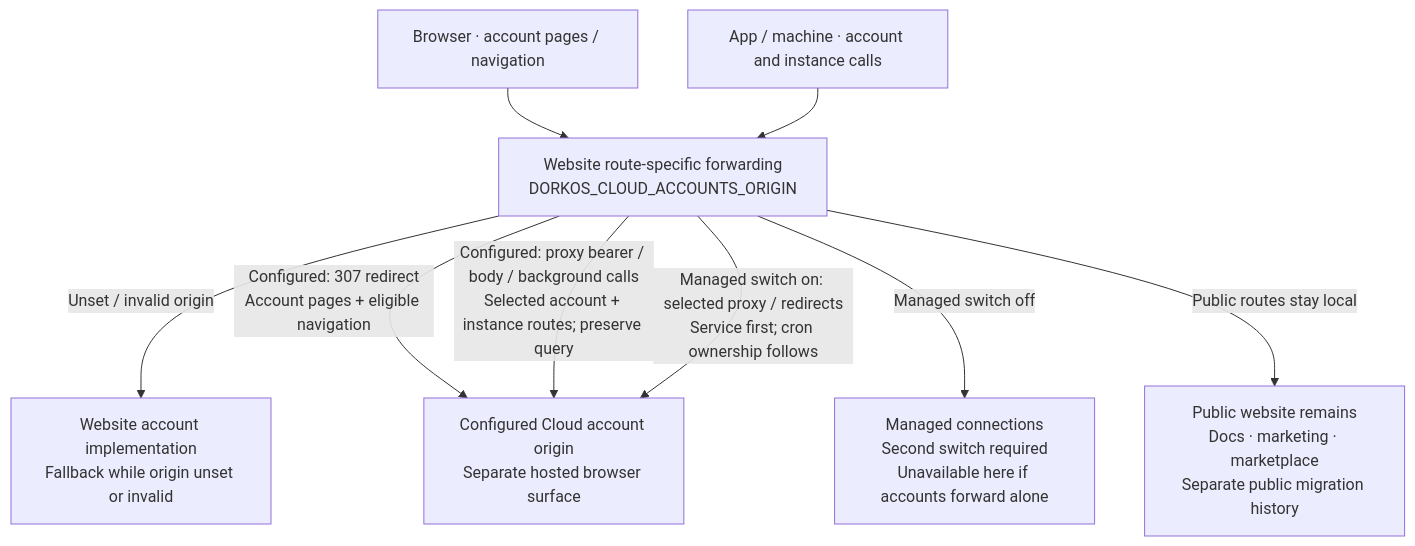
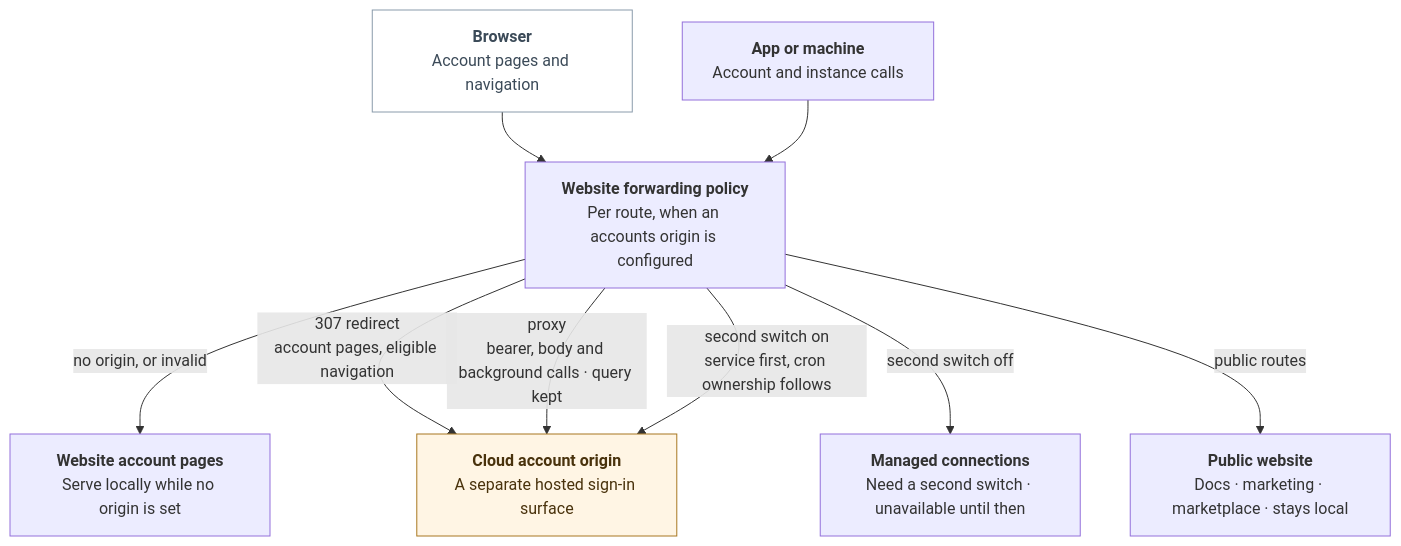
The diagram in contributing/diagrams/architecture/accounts-handover.mmd (dork-labs/dorkos), drawn with Mermaid before and after one commit. The commit also changed 16 other files, not shown here.

First line of the commit message:
docs(architecture): restyle the diagrams: ELK layout, bold names with one detail line, one status key

```diff
--- a/contributing/diagrams/architecture/accounts-handover.mmd
+++ b/contributing/diagrams/architecture/accounts-handover.mmd
@@ -1,18 +1,25 @@
 flowchart TB
   accTitle: Website account handover to DorkOS Cloud
   accDescr: Without a valid configured accounts origin the website serves local accounts. When configured, selected browser routes redirect and machine calls proxy to the accounts origin. Managed connections need an independent forwarding switch and service availability; their migration evidence stays separate. This diagram describes code behavior, not the production switch state.
-  browser["Browser · account pages / navigation"]
-  machine["App / machine · account and instance calls"]
-  site["Website route-specific forwarding<br/>DORKOS_CLOUD_ACCOUNTS_ORIGIN"]
-  local["Website account implementation<br/>Fallback while origin unset or invalid"]
-  accounts["Configured Cloud account origin<br/>Separate hosted browser surface"]
-  managed["Managed connections<br/>Second switch required<br/>Unavailable here if accounts forward alone"]
-  public["Public website remains<br/>Docs · marketing · marketplace<br/>Separate public migration history"]
+
+  browser["<b>Browser</b><br/><span class='d'>Account pages and navigation</span>"]
+  machine["<b>App or machine</b><br/><span class='d'>Account and instance calls</span>"]
+  site["<b>Website forwarding policy</b><br/><span class='d'>Per route, when an accounts origin is configured</span>"]
+  local["<b>Website account pages</b><br/><span class='d'>Serve locally while no origin is set</span>"]
+  accounts["<b>Cloud account origin</b><br/><span class='d'>A separate hosted sign-in surface</span>"]
+  managed["<b>Managed connections</b><br/><span class='d'>Need a second switch · unavailable until then</span>"]
+  public["<b>Public website</b><br/><span class='d'>Docs · marketing · marketplace · stays local</span>"]
+
   browser --> site
   machine --> site
-  site -->|"Unset / invalid origin"| local
-  site -->|"Configured: 307 redirect<br/>Account pages + eligible navigation"| accounts
-  site -->|"Configured: proxy bearer / body / background calls<br/>Selected account + instance routes; preserve query"| accounts
-  site -->|"Managed switch off"| managed
-  site -->|"Managed switch on: selected proxy / redirects<br/>Service first; cron ownership follows"| accounts
-  site -->|"Public routes stay local"| public
+  site -->|"no origin, or invalid"| local
+  site -->|"307 redirect<br/><span class='d'>account pages, eligible navigation</span>"| accounts
+  site -->|"proxy<br/><span class='d'>bearer, body and background calls · query kept</span>"| accounts
+  site -->|"second switch off"| managed
+  site -->|"second switch on<br/><span class='d'>service first, cron ownership follows</span>"| accounts
+  site -->|"public routes"| public
+
+  classDef cloud fill:#fff5e4,stroke:#a87720,color:#49320c
+  classDef external fill:#ffffff,stroke:#8a9bab,color:#3b4a58
+  class accounts cloud
+  class browser external
```
